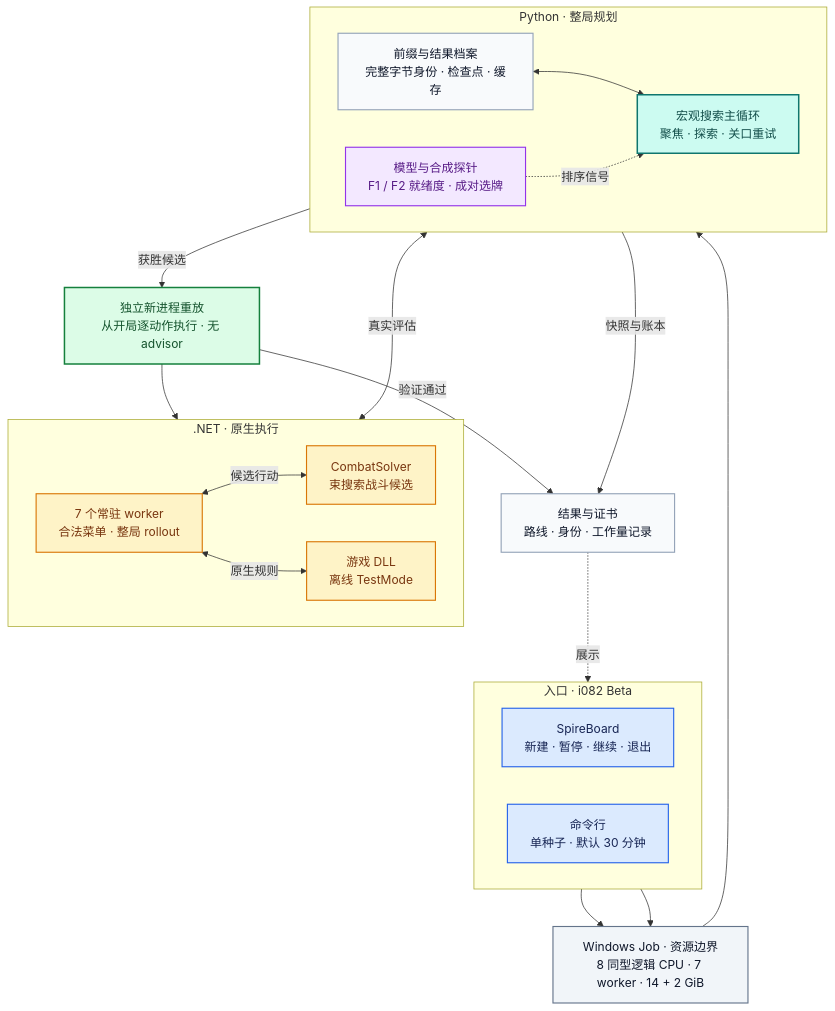
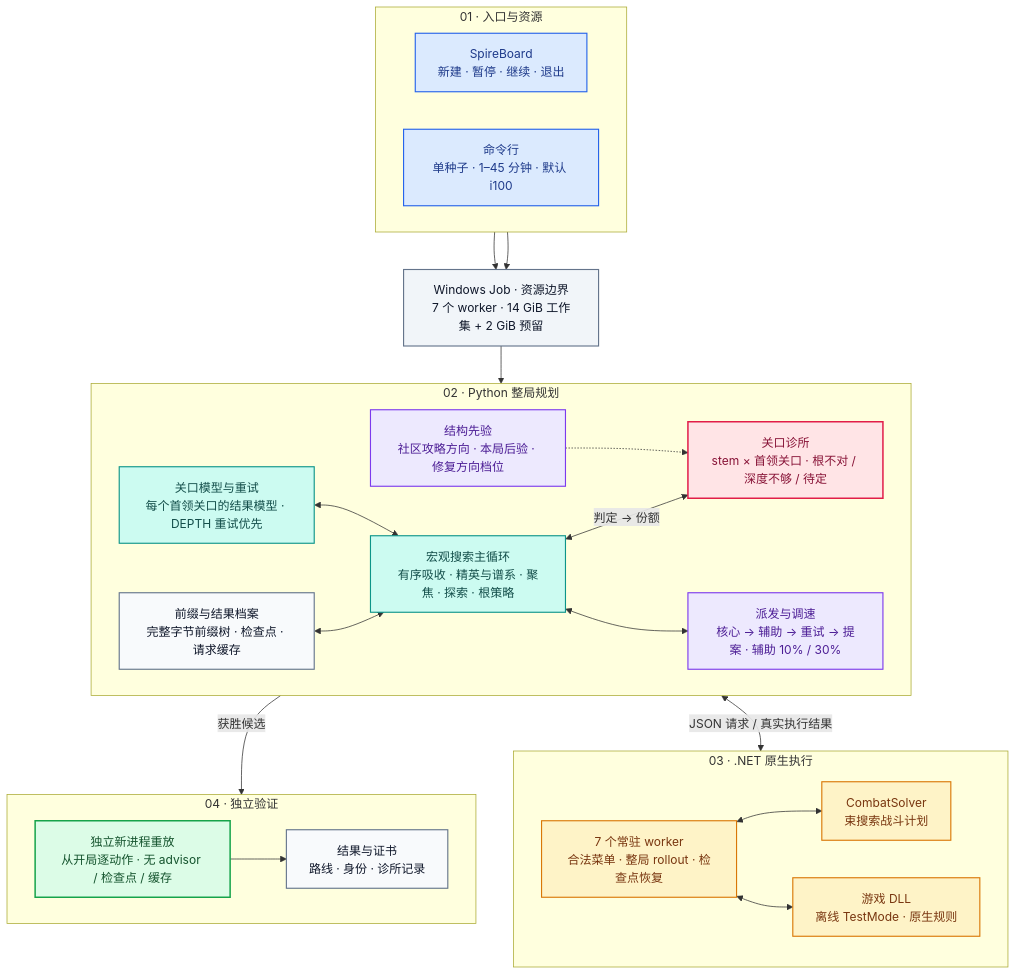
One commit to Luminesce4you/SpireExact changed the first of 2 diagrams in README.md. Above: the diagram before and after it, drawn with Mermaid. The commit also changed other lines of this file and 67 other files, not shown here.

````diff
--- a/README.md
+++ b/README.md
@@ -22,43 +18,50 @@
 ```mermaid
 flowchart TB
-  subgraph ENTRY["入口 · i082 Beta"]
+  subgraph ENTRY["01 · 入口与资源"]
     direction LR
     UI["SpireBoard<br/>新建 · 暂停 · 继续 · 退出"]:::entry
-    CLI["命令行<br/>单种子 · 默认 30 分钟"]:::entry
+    CLI["命令行<br/>单种子 · 1–45 分钟 · 默认 i100"]:::entry
   end
-  JOB["Windows Job · 资源边界<br/>8 同型逻辑 CPU · 7 worker · 14 + 2 GiB"]:::boundary
-  subgraph PLAN["Python · 整局规划"]
+  JOB["Windows Job · 资源边界<br/>7 个 worker · 14 GiB 工作集 + 2 GiB 预留"]:::boundary
+  subgraph PLAN["02 · Python 整局规划"]
     direction LR
-    ARCH["前缀与结果档案<br/>完整字节身份 · 检查点 · 缓存"]:::store
-    SEARCH["宏观搜索主循环<br/>聚焦 · 探索 · 关口重试"]:::planner
-    SIGNAL["模型与合成探针<br/>F1 / F2 就绪度 · 成对选牌"]:::signal
+    ARCH["前缀与结果档案<br/>完整字节前缀树 · 检查点 · 请求缓存"]:::store
+    LOOP["宏观搜索主循环<br/>有序吸收 · 精英与谱系 · 聚焦 · 探索 · 根策略"]:::planner
+    CLINIC["关口诊所<br/>stem × 首领关口 · 根不对 / 深度不够 / 待定"]:::clinic
+    GATE["关口模型与重试<br/>每个首领关口的结果模型 · DEPTH 重试优先"]:::planner
+    DISPATCH["派发与调速<br/>核心 → 辅助 → 重试 → 提案 · 辅助 10% / 30%"]:::signal
+    PRIOR["结构先验<br/>社区攻略方向 · 本局后验 · 修复方向档位"]:::signal
   end
-  subgraph EXECUTE[".NET · 原生执行"]
+  subgraph EXEC["03 · .NET 原生执行"]
     direction LR
-    BEAM["CombatSolver<br/>束搜索战斗候选"]:::runtime
-    WORKER["7 个常驻 worker<br/>合法菜单 · 整局 rollout"]:::runtime
-    GAME["游戏 DLL<br/>离线 TestMode"]:::runtime
+    SOLVER["CombatSolver<br/>束搜索战斗计划"]:::runtime
+    WORKER["7 个常驻 worker<br/>合法菜单 · 整局 rollout · 检查点恢复"]:::runtime
+    GAME["游戏 DLL<br/>离线 TestMode · 原生规则"]:::runtime
   end
-  REPLAY["独立新进程重放<br/>从开局逐动作执行 · 无 advisor"]:::proof
-  OUT["结果与证书<br/>路线 · 身份 · 工作量记录"]:::store
+  subgraph PROOF["04 · 独立验证"]
+    direction LR
+    REPLAY["独立新进程重放<br/>从开局逐动作 · 无 advisor / 检查点 / 缓存"]:::proof
+    CERT["结果与证书<br/>路线 · 身份 · 诊所记录"]:::store
+  end
   UI --> JOB
   CLI --> JOB
-  JOB --> SEARCH
-  ARCH <--> SEARCH
-  SIGNAL -. 排序信号 .-> SEARCH
-  SEARCH <-->|真实评估| WORKER
-  WORKER <-->|候选行动| BEAM
-  WORKER <-->|原生规则| GAME
-  SEARCH -->|获胜候选| REPLAY
-  REPLAY --> GAME
-  REPLAY -->|验证通过| OUT
-  SEARCH -->|快照与账本| OUT
-  OUT -. 展示 .-> UI
-  classDef entry fill:#DBEAFE,stroke:#2563EB,color:#172554,stroke-width:1.5px
+  JOB --> LOOP
+  ARCH <--> LOOP
+  LOOP <-->|判定 → 份额| CLINIC
+  PRIOR -.-> CLINIC
+  GATE <--> LOOP
+  LOOP <--> DISPATCH
+  DISPATCH <-->|JSON 请求 / 真实执行结果| WORKER
+  WORKER <--> SOLVER
+  WORKER <--> GAME
+  LOOP -->|获胜候选| REPLAY
+  REPLAY --> CERT
+  classDef entry fill:#DBEAFE,stroke:#2563EB,color:#1E3A8A,stroke-width:1.5px
   classDef boundary fill:#F1F5F9,stroke:#64748B,color:#0F172A,stroke-width:1.5px
-  classDef planner fill:#CCFBF1,stroke:#0F766E,color:#134E4A,stroke-width:2px
-  classDef signal fill:#F3E8FF,stroke:#9333EA,color:#581C87,stroke-width:1.5px
+  classDef store fill:#F8FAFC,stroke:#64748B,color:#0F172A,stroke-width:1.5px
+  classDef planner fill:#CCFBF1,stroke:#0D9488,color:#134E4A,stroke-width:1.5px
+  classDef clinic fill:#FFE4E6,stroke:#E11D48,color:#881337,stroke-width:2px
+  classDef signal fill:#EDE9FE,stroke:#7C3AED,color:#4C1D95,stroke-width:1.5px
   classDef runtime fill:#FEF3C7,stroke:#D97706,color:#78350F,stroke-width:1.5px
-  classDef proof fill:#DCFCE7,stroke:#15803D,color:#14532D,stroke-width:2px
-  classDef store fill:#F8FAFC,stroke:#94A3B8,color:#0F172A,stroke-width:1.5px
+  classDef proof fill:#DCFCE7,stroke:#16A34A,color:#14532D,stroke-width:2px
 ```
````
